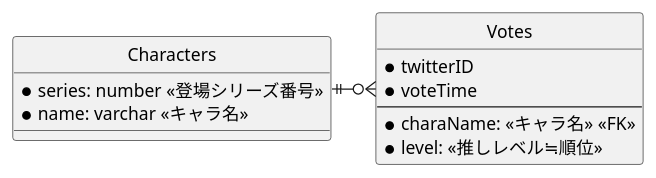
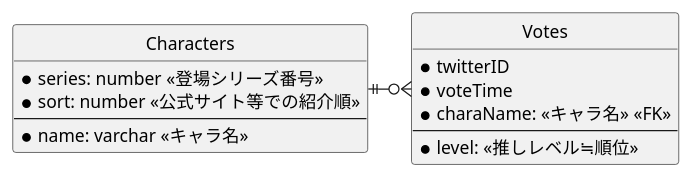
One commit to Daiius/girls-side-analysis changed the diagram in README.md. Above: the diagram before and after it, drawn with PlantUML. The commit also changed other lines of this file, not shown here.

````diff
--- a/README.md
+++ b/README.md
@@ -78,20 +78,22 @@
 ```plantuml
 @startuml
 hide circle
 skinparam linetype ortho
 entity Characters {
     *series: number <<登場シリーズ番号>>
+    *sort: number <<公式サイト等での紹介順>>
+    --
     *name: varchar <<キャラ名>>
 }
 entity Votes {
     *twitterID
     *voteTime
+    *charaName: <<キャラ名>> <<FK>>
     --
-    *charaName: <<キャラ名>> <<FK>>
     *level: <<推しレベル≒順位>>
 }
 
 Characters ||-o{ Votes
 
 @enduml
 ```
````
